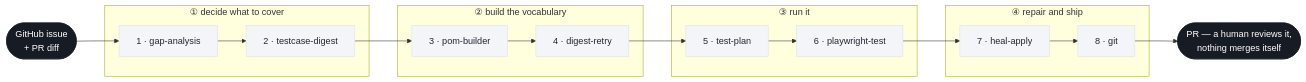
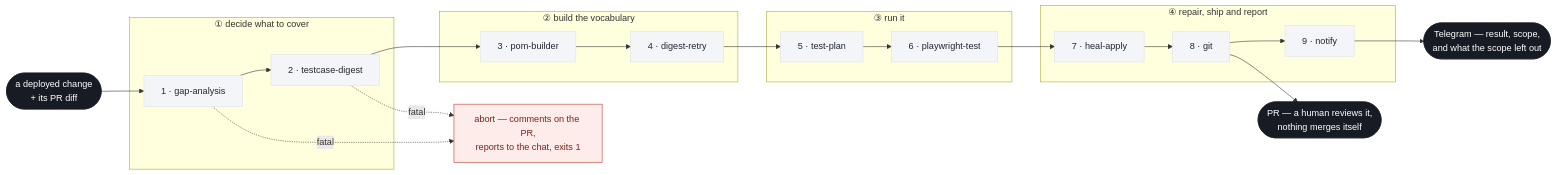
One commit to yogap02/pwxai changed the diagram in deck/diagrams/excalidraw/01-pipeline.mmd. Above: the diagram before and after it, drawn with Mermaid. The commit also changed 21 other files, not shown here.

```diff
--- a/deck/diagrams/excalidraw/01-pipeline.mmd
+++ b/deck/diagrams/excalidraw/01-pipeline.mmd
@@ -1,42 +1,52 @@
 %% 01-pipeline — exported from WORKFLOW.md
 %% paste into Excalidraw:  menu → Mermaid to Excalidraw
 
 flowchart LR
-    IN(["GitHub issue
-+ PR diff"])
+    IN(["a deployed change
++ its PR diff"])
 
     subgraph P1["① decide what to cover"]
         S1["1 · gap-analysis"]
         S2["2 · testcase-digest"]
         S1 --> S2
     end
 
     subgraph P2["② build the vocabulary"]
         S3["3 · pom-builder"]
         S4["4 · digest-retry"]
         S3 --> S4
     end
 
     subgraph P3["③ run it"]
         S5["5 · test-plan"]
         S6["6 · playwright-test"]
         S5 --> S6
     end
 
-    subgraph P4["④ repair and ship"]
+    subgraph P4["④ repair, ship and report"]
         S7["7 · heal-apply"]
         S8["8 · git"]
+        S9["9 · notify"]
         S7 --> S8
+        S8 --> S9
     end
 
     IN --> S1
     S2 --> S3
     S4 --> S5
     S6 --> S7
     S8 --> OUT(["PR — a human reviews it,
 nothing merges itself"])
+    S9 --> CHAT(["Telegram — result, scope,
+and what the scope left out"])
+
+    S1 -. "fatal" .-> AB["abort — comments on the PR,
+reports to the chat, exits 1"]
+    S2 -. "fatal" .-> AB
 
     classDef stage fill:#F3F5F8,stroke:#DDE2E8,color:#212630
     classDef io fill:#171B23,stroke:#171B23,color:#FFFFFF
-    class S1,S2,S3,S4,S5,S6,S7,S8 stage
-    class IN,OUT io
+    classDef bad fill:#FDECEA,stroke:#C0392B,color:#7B241C
+    class S1,S2,S3,S4,S5,S6,S7,S8,S9 stage
+    class IN,OUT,CHAT io
+    class AB bad
```
